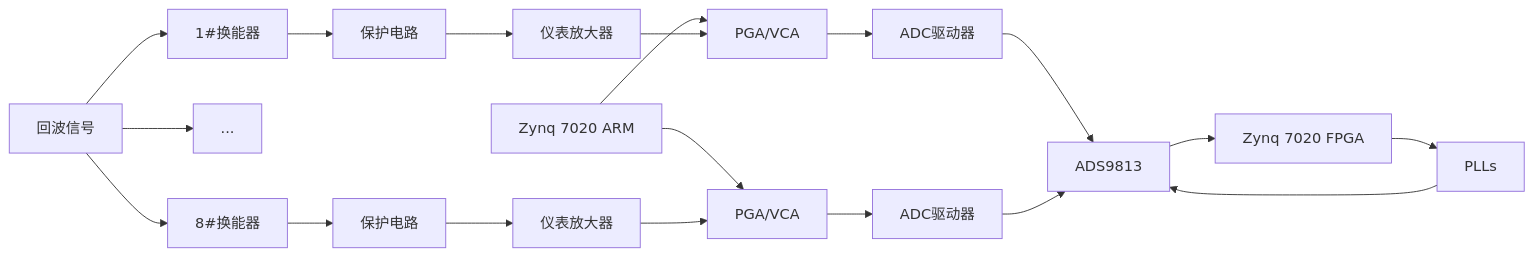
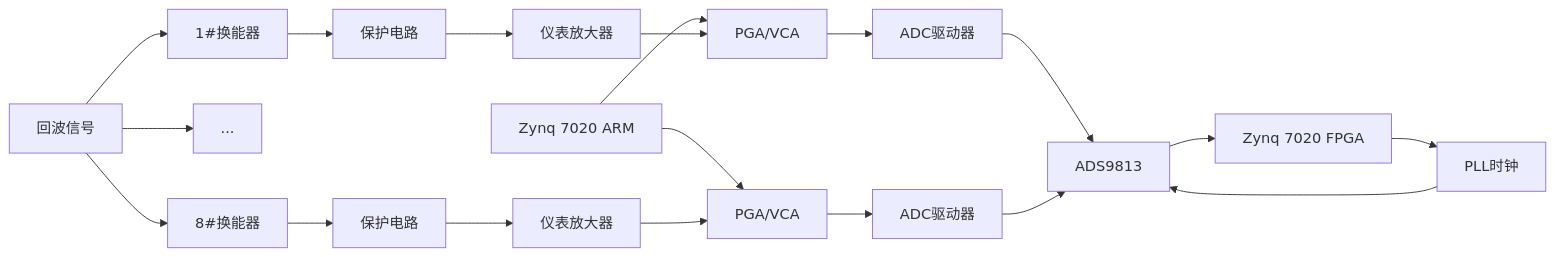
Before and after one commit to Rukawa15/iodraw-files: the diagram in all/同步采集.md, drawn with Mermaid.

Commit message:
2025-06-29 17:59:39 update

````diff
--- a/all/同步采集.md
+++ b/all/同步采集.md
@@ -1,27 +1,27 @@
 ```mermaid
 graph LR
 A[回波信号]
 A --> B1[1#换能器]
 A --> ...
 A --> B8[8#换能器]
 
 B1 --> C1[保护电路]
 B8 --> C8[保护电路]
 
 C1 --> D1[仪表放大器]
 C8 --> D8[仪表放大器]
 
 I[Zynq 7020 ARM] --> E1
 I[Zynq 7020 ARM] --> E8
 
 D1 --> E1[PGA/VCA]
 D8 --> E8[PGA/VCA]
 
 E1 --> F1[ADC驱动器]
 E8 --> F8[ADC驱动器]
 
 F1 --> G[ADS9813]
 F8 --> G[ADS9813]
 
-G --> H[Zynq 7020 FPGA] --> J[PLLs] --> G
+G --> H[Zynq 7020 FPGA] --> J[PLL时钟] --> G
 ```
````
